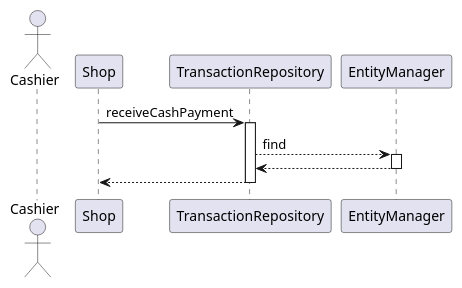
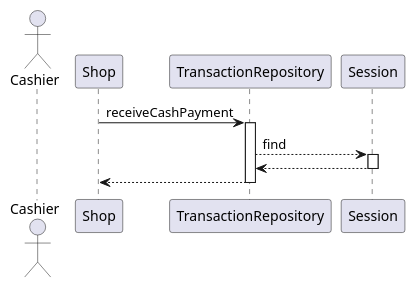
One commit to mspronesti/ezshop changed the ninth of 10 diagrams in Deliverables/DesignDocument.md. Above: the diagram before and after it, drawn with PlantUML. The commit also changed other lines of this file and 4 other files, not shown here.

````diff
--- a/Deliverables/DesignDocument.md
+++ b/Deliverables/DesignDocument.md
@@ -520,17 +492,17 @@
 ```plantuml
 @startuml
     actor Cashier
     Shop -> TransactionRepository: receiveCashPayment
     activate TransactionRepository
 
-    TransactionRepository --> EntityManager: find
-    activate EntityManager
+    TransactionRepository --> Session: find
+    activate Session
 
-    EntityManager --> TransactionRepository
-    deactivate EntityManager
+    Session --> TransactionRepository
+    deactivate Session
 
     TransactionRepository --> Shop
     deactivate TransactionRepository
 
 @enduml
 ```
````
